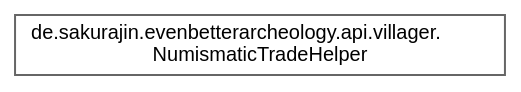
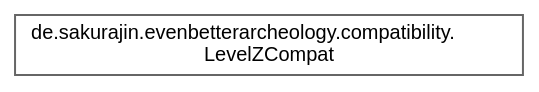
One commit to noah1510/EvenBetterArcheology changed the diagram in inherit_graph_6.dot. Above: the diagram before and after it, drawn with Graphviz. The commit also changed 126 other files, not shown here.

```diff
--- a/inherit_graph_6.dot
+++ b/inherit_graph_6.dot
@@ -1,9 +1,9 @@
 digraph "Graphical Class Hierarchy"
 {
  // LATEX_PDF_SIZE
   bgcolor="transparent";
   edge [fontname=Helvetica,fontsize=10,labelfontname=Helvetica,labelfontsize=10];
   node [fontname=Helvetica,fontsize=10,shape=box,height=0.2,width=0.4];
   rankdir="LR";
-  Node0 [label="de.sakurajin.evenbetterarcheology.api.villager.\lNumismaticTradeHelper",height=0.2,width=0.4,color="grey40", fillcolor="white", style="filled",URL="$classde_1_1sakurajin_1_1evenbetterarcheology_1_1api_1_1villager_1_1NumismaticTradeHelper.html",tooltip="A helper class to create trades for villagers."];
+  Node0 [label="de.sakurajin.evenbetterarcheology.compatibility.\lLevelZCompat",height=0.2,width=0.4,color="grey40", fillcolor="white", style="filled",URL="$classde_1_1sakurajin_1_1evenbetterarcheology_1_1compatibility_1_1LevelZCompat.html",tooltip=" "];
 }
```
